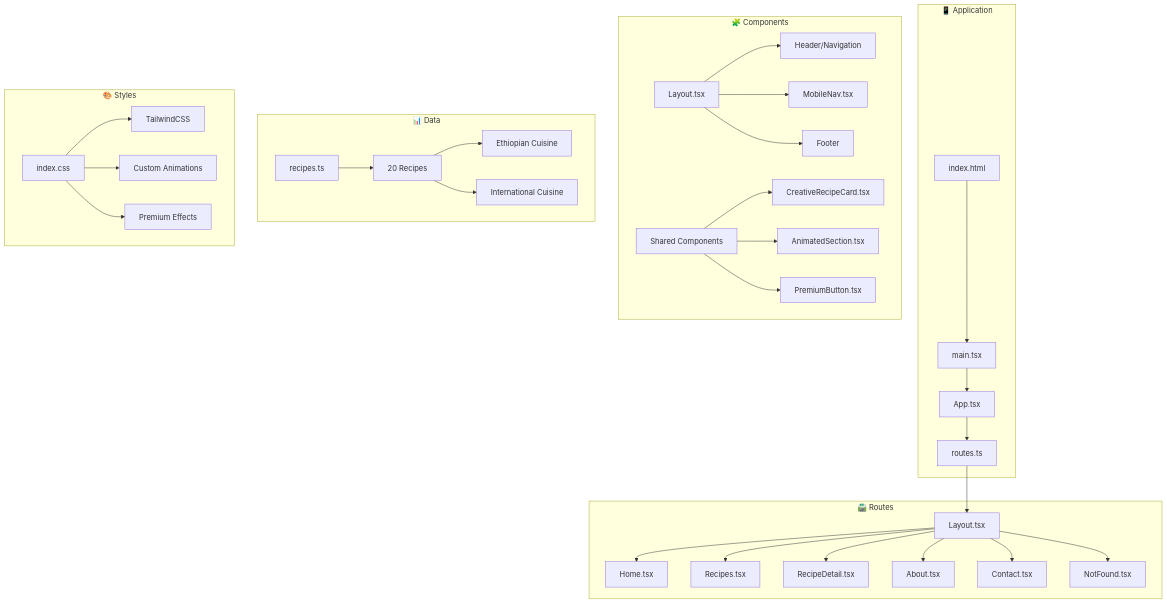
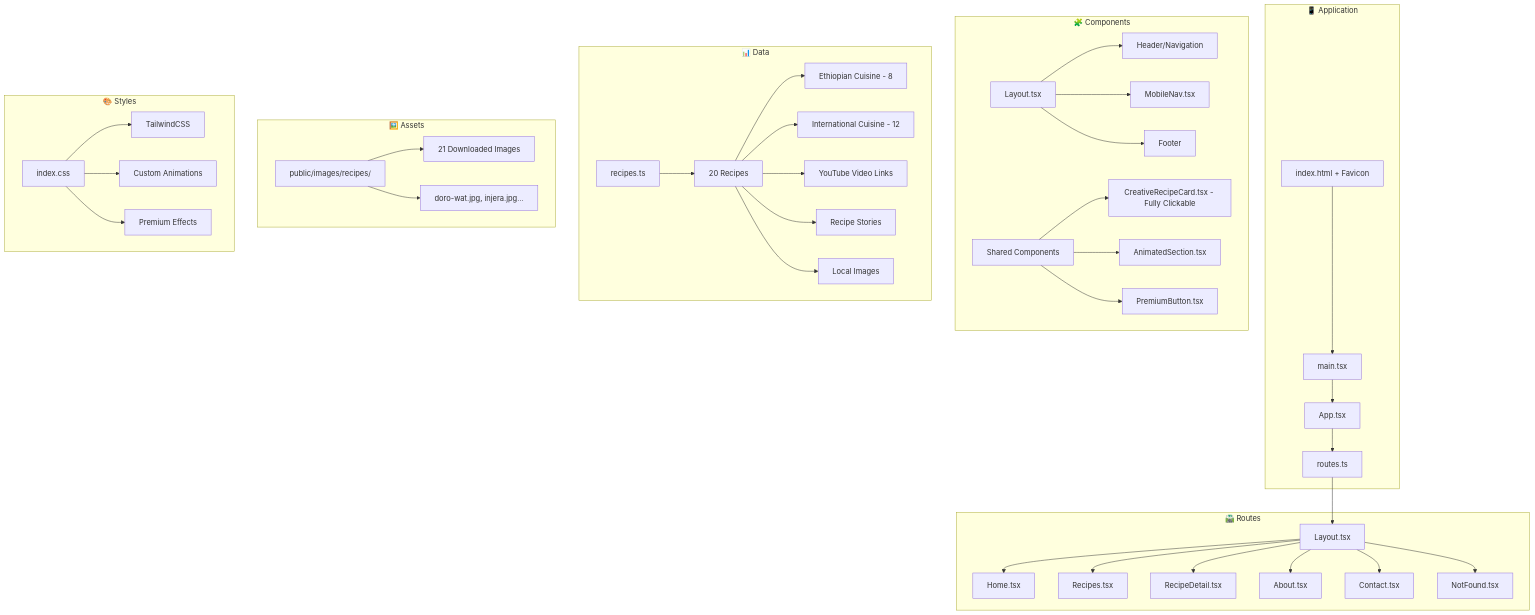
One commit to black12-ag/Abstract changed the first of 4 diagrams in ARCHITECTURE.md. Above: the diagram before and after it, drawn with Mermaid. The commit also changed other lines of this file and 5 other files, not shown here.

Commit message:
feat: Add logo favicon, make recipe cards fully clickable, increase featured recipes to 9, update architecture diagram

````diff
--- a/ARCHITECTURE.md
+++ b/ARCHITECTURE.md
@@ -5,44 +5,53 @@
 ```mermaid
 graph TB
     subgraph "📱 Application"
-        A[index.html] --> B[main.tsx]
+        A[index.html + Favicon] --> B[main.tsx]
         B --> C[App.tsx]
         C --> D[routes.ts]
     end
 
     subgraph "🛣️ Routes"
         D --> E[Layout.tsx]
         E --> F[Home.tsx]
         E --> G[Recipes.tsx]
         E --> H[RecipeDetail.tsx]
         E --> I[About.tsx]
         E --> J[Contact.tsx]
         E --> K[NotFound.tsx]
     end
 
     subgraph "🧩 Components"
         L[Layout.tsx]
         L --> L1[Header/Navigation]
         L --> L2[MobileNav.tsx]
         L --> L3[Footer]
         
         M[Shared Components]
-        M --> M1[CreativeRecipeCard.tsx]
+        M --> M1[CreativeRecipeCard.tsx - Fully Clickable]
         M --> M2[AnimatedSection.tsx]
         M --> M3[PremiumButton.tsx]
     end
 
     subgraph "📊 Data"
         N[recipes.ts]
         N --> N1["20 Recipes"]
-        N1 --> N2[Ethiopian Cuisine]
-        N1 --> N3[International Cuisine]
+        N1 --> N2[Ethiopian Cuisine - 8]
+        N1 --> N3[International Cuisine - 12]
+        N1 --> N4[YouTube Video Links]
+        N1 --> N5[Recipe Stories]
+        N1 --> N6[Local Images]
+    end
+
+    subgraph "🖼️ Assets"
+        P[public/images/recipes/]
+        P --> P1[21 Downloaded Images]
+        P --> P2[doro-wat.jpg, injera.jpg...]
     end
 
     subgraph "🎨 Styles"
         O[index.css]
         O --> O1[TailwindCSS]
         O --> O2[Custom Animations]
         O --> O3[Premium Effects]
     end
 ```
````
